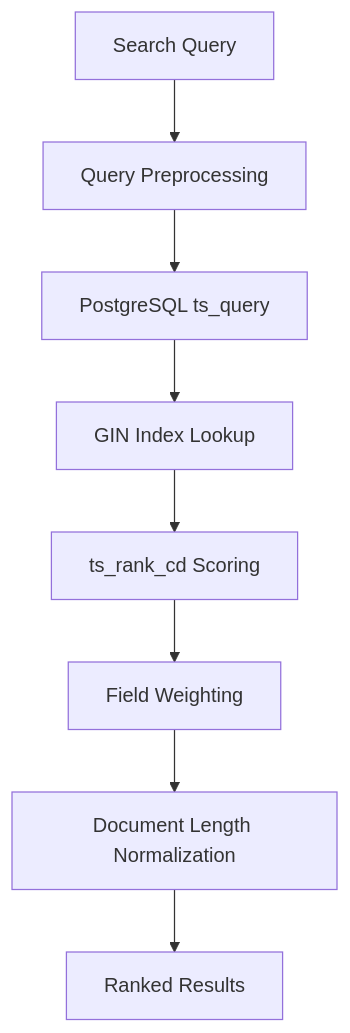
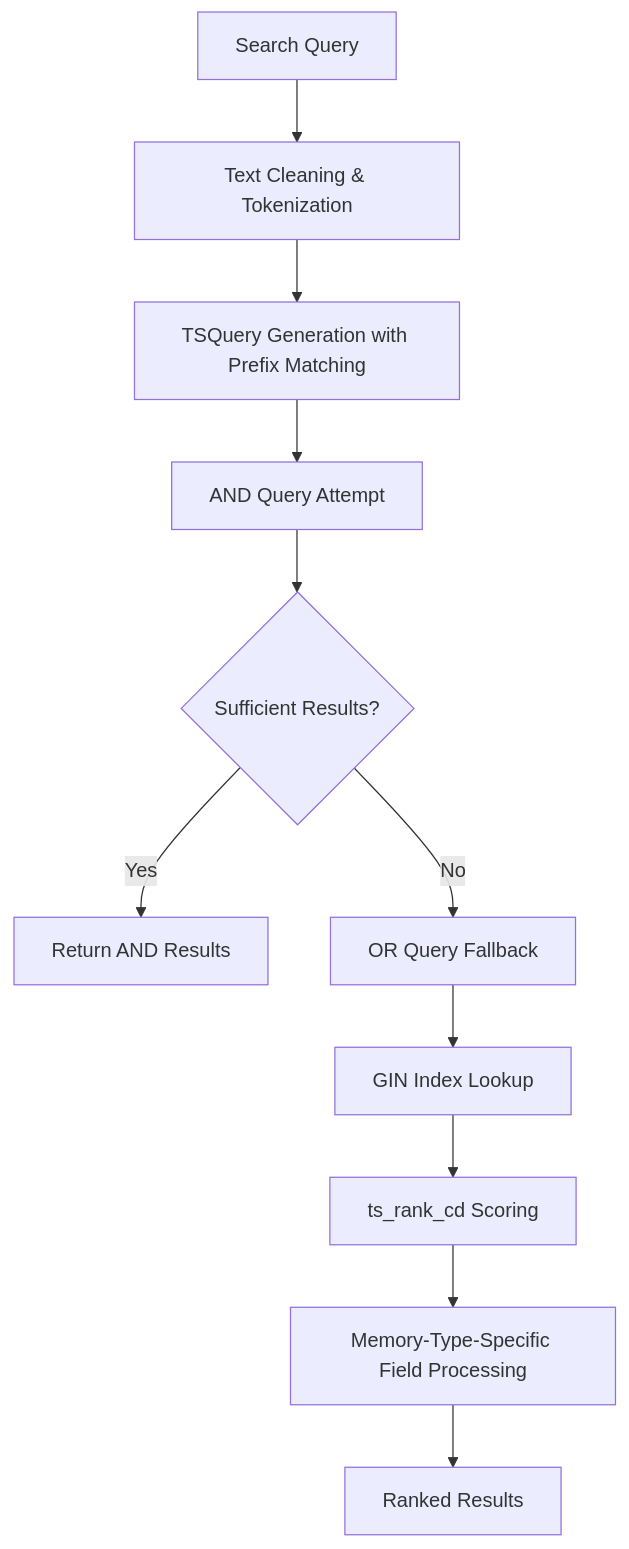
Before and after one commit to Mirix-AI/MIRIX-docs: the diagram in docs/architecture/search-capabilities.md, drawn with Mermaid. The commit also changed other lines of this file and 24 other files, not shown here.

````diff
--- a/docs/architecture/search-capabilities.md
+++ b/docs/architecture/search-capabilities.md
@@ -22,10 +21,13 @@
 ```mermaid
 graph TB
-    A[Search Query] --> B[Query Preprocessing]
-    B --> C[PostgreSQL ts_query]
-    C --> D[GIN Index Lookup]
-    D --> E[ts_rank_cd Scoring]
-    E --> F[Field Weighting]
-    F --> G[Document Length Normalization]
-    G --> H[Ranked Results]
+    A[Search Query] --> B[Text Cleaning & Tokenization]
+    B --> C[TSQuery Generation with Prefix Matching]
+    C --> D[AND Query Attempt]
+    D --> E{Sufficient Results?}
+    E -->|Yes| F[Return AND Results]
+    E -->|No| G[OR Query Fallback]
+    G --> H[GIN Index Lookup]
+    H --> I[ts_rank_cd Scoring]
+    I --> J[Memory-Type-Specific Field Processing]
+    J --> K[Ranked Results]
 ```
````
